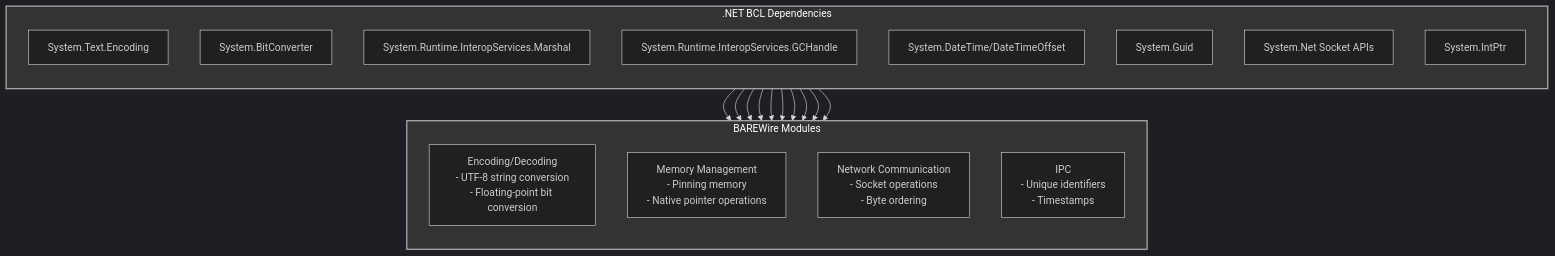
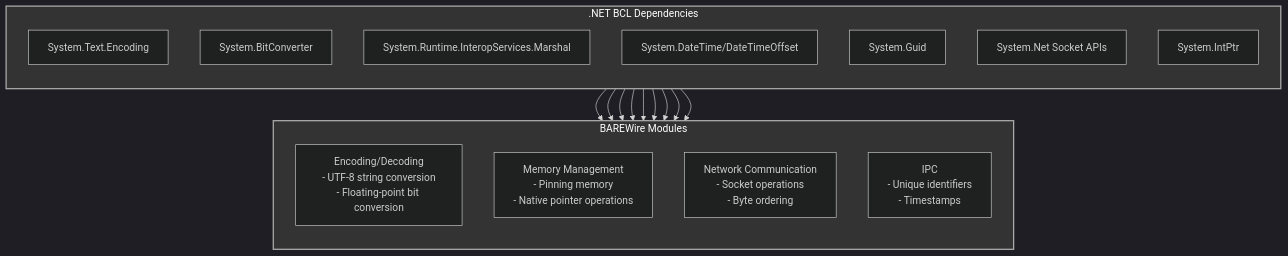
One commit to speakez-llc/BAREWire changed the first of 2 diagrams in docs/99 Elminating Dotnet Dependencies.md. Above: the diagram before and after it, drawn with Mermaid. The commit also changed other lines of this file and 19 other files, not shown here.

````diff
--- a/docs/99 Elminating Dotnet Dependencies.md
+++ b/docs/99 Elminating Dotnet Dependencies.md
@@ -11,37 +11,35 @@
 ```mermaid
 %%{init: {'theme': 'dark', 'themeVariables': { 'primaryColor': '#242424', 'primaryTextColor': '#fff', 'primaryBorderColor': '#888', 'lineColor': '#d3d3d3', 'secondaryColor': '#2b2b2b', 'tertiaryColor': '#333' }}}%%
 flowchart TB
     subgraph NetDependencies[".NET BCL Dependencies"]
         direction TB
         SystemText["System.Text.Encoding"]
         BitConverter["System.BitConverter"]
         Marshal["System.Runtime.InteropServices.Marshal"]
-        GCHandle["System.Runtime.InteropServices.GCHandle"]
         DateTime["System.DateTime/DateTimeOffset"]
         Guid["System.Guid"]
         Socket["System.Net Socket APIs"]
         IntPtr["System.IntPtr"]
     end
     
     subgraph BAREWire["BAREWire Modules"]
         direction TB
         Encoding["Encoding/Decoding<br>- UTF-8 string conversion<br>- Floating-point bit conversion"]
         Memory["Memory Management<br>- Pinning memory<br>- Native pointer operations"]
         Network["Network Communication<br>- Socket operations<br>- Byte ordering"]
         IPC["IPC<br>- Unique identifiers<br>- Timestamps"]
     end
     
     SystemText --> Encoding
     BitConverter --> Encoding
     BitConverter --> Network
     Marshal --> Memory
-    GCHandle --> Memory
     DateTime --> IPC
     Guid --> IPC
     Guid --> Network
     Socket --> Network
     IntPtr --> Memory
     
     style NetDependencies fill:#333,stroke:#aaa,stroke-width:2px,color:#fff
     style BAREWire fill:#333,stroke:#aaa,stroke-width:2px,color:#fff
 ```
````
